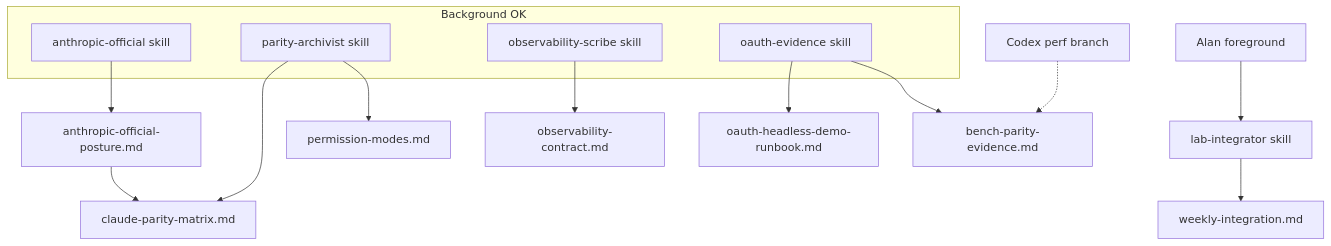
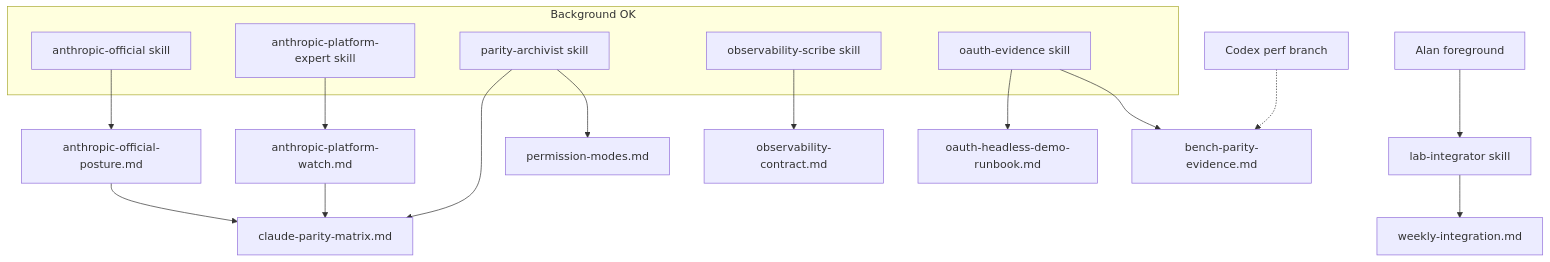
The second of 2 diagrams in .cursor/plans/beyond_perf_parity_lab-notes_9f8dc4a8.plan.md (alankatanoisi/claude-local-bridge-playground), drawn with Mermaid before and after one commit. The commit also changed other lines of this file and 5 other files, not shown here.

First line of the commit message:
Add anthropic-platform-expert as sixth Cursor doc lane.

````diff
--- a/.cursor/plans/beyond_perf_parity_lab-notes_9f8dc4a8.plan.md
+++ b/.cursor/plans/beyond_perf_parity_lab-notes_9f8dc4a8.plan.md
@@ -103,19 +108,22 @@
 ```mermaid
 flowchart TB
   Alan[Alan foreground] --> Integrator[lab-integrator skill]
   subgraph parallel [Background OK]
     Official[anthropic-official skill]
+    Platform[anthropic-platform-expert skill]
     Parity[parity-archivist skill]
     Obs[observability-scribe skill]
     OAuth[oauth-evidence skill]
   end
   Official --> Posture[anthropic-official-posture.md]
+  Platform --> WatchDoc[anthropic-platform-watch.md]
   Posture --> Matrix[claude-parity-matrix.md]
+  WatchDoc --> Matrix
   Parity --> Matrix
   Parity --> Perms[permission-modes.md]
   Obs --> Contract[observability-contract.md]
   OAuth --> Runbook[oauth-headless-demo-runbook.md]
   OAuth --> Bench[bench-parity-evidence.md]
   Integrator --> Weekly[weekly-integration.md]
   Codex[Codex perf branch] -.-> Bench
 ```
````
